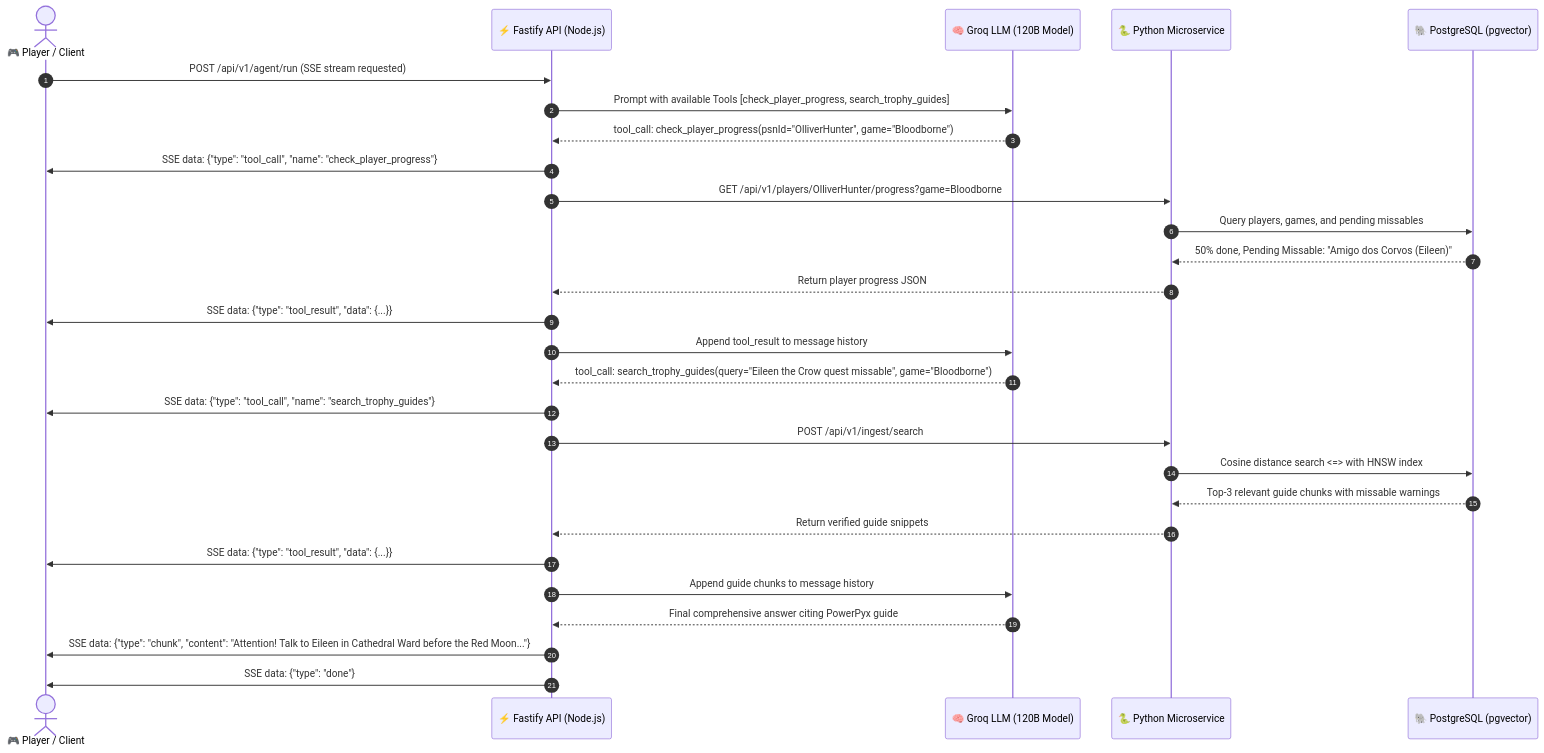
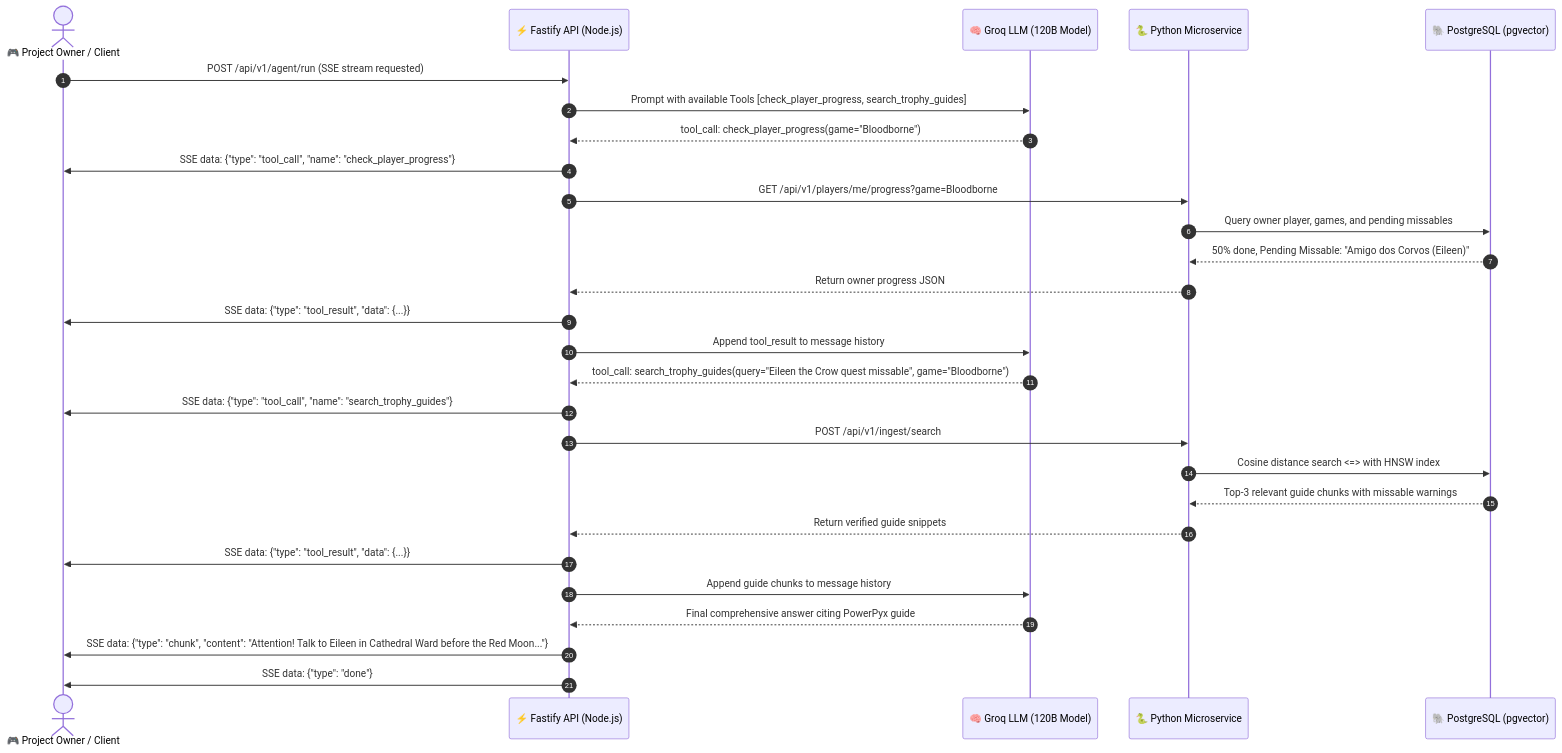
One commit to WeineOlliver/platina-ai changed the second of 3 diagrams in docs/architecture.md. Above: the diagram before and after it, drawn with Mermaid. The commit also changed other lines of this file and 13 other files, not shown here.

Commit message:
feat(psn): restrict trophy tracking strictly to project owner profile

````diff
--- a/docs/architecture.md
+++ b/docs/architecture.md
@@ -88,35 +90,35 @@
 ```mermaid
 sequenceDiagram
   autonumber
-  actor User as 🎮 Player / Client
+  actor User as 🎮 Project Owner / Client
   participant Fastify as ⚡ Fastify API (Node.js)
   participant LLM as 🧠 Groq LLM (120B Model)
   participant Ingest as 🐍 Python Microservice
   participant DB as 🐘 PostgreSQL (pgvector)
 
   User->>Fastify: POST /api/v1/agent/run (SSE stream requested)
   Fastify->>LLM: Prompt with available Tools [check_player_progress, search_trophy_guides]
-  LLM-->>Fastify: tool_call: check_player_progress(psnId="OlliverHunter", game="Bloodborne")
+  LLM-->>Fastify: tool_call: check_player_progress(game="Bloodborne")
   Fastify->>User: SSE data: {"type": "tool_call", "name": "check_player_progress"}
   
-  Fastify->>Ingest: GET /api/v1/players/OlliverHunter/progress?game=Bloodborne
-  Ingest->>DB: Query players, games, and pending missables
+  Fastify->>Ingest: GET /api/v1/players/me/progress?game=Bloodborne
+  Ingest->>DB: Query owner player, games, and pending missables
   DB-->>Ingest: 50% done, Pending Missable: "Amigo dos Corvos (Eileen)"
-  Ingest-->>Fastify: Return player progress JSON
+  Ingest-->>Fastify: Return owner progress JSON
   Fastify->>User: SSE data: {"type": "tool_result", "data": {...}}
 
   Fastify->>LLM: Append tool_result to message history
   LLM-->>Fastify: tool_call: search_trophy_guides(query="Eileen the Crow quest missable", game="Bloodborne")
   Fastify->>User: SSE data: {"type": "tool_call", "name": "search_trophy_guides"}
 
   Fastify->>Ingest: POST /api/v1/ingest/search
   Ingest->>DB: Cosine distance search <=> with HNSW index
   DB-->>Ingest: Top-3 relevant guide chunks with missable warnings
   Ingest-->>Fastify: Return verified guide snippets
   Fastify->>User: SSE data: {"type": "tool_result", "data": {...}}
 
   Fastify->>LLM: Append guide chunks to message history
   LLM-->>Fastify: Final comprehensive answer citing PowerPyx guide
   Fastify->>User: SSE data: {"type": "chunk", "content": "Attention! Talk to Eileen in Cathedral Ward before the Red Moon..."}
   Fastify->>User: SSE data: {"type": "done"}
 ```
````
